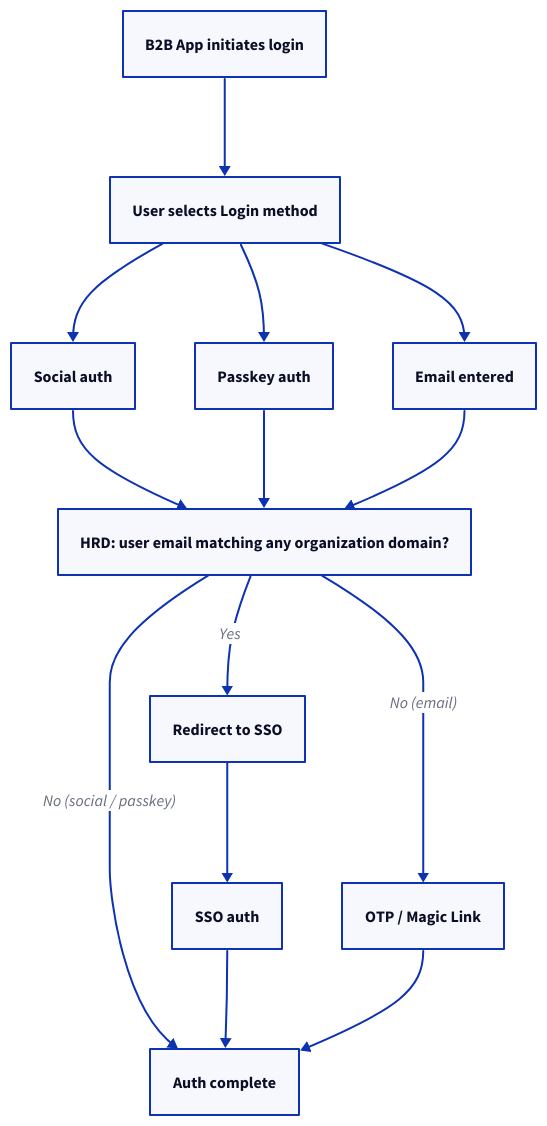
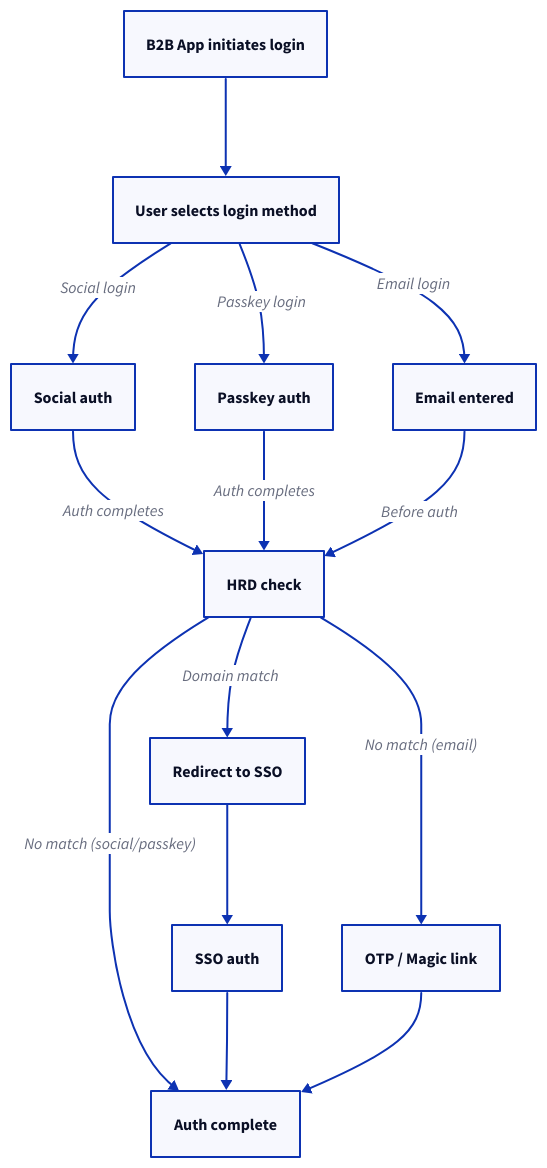
One commit to scalekit-inc/developer-docs changed the diagram in src/content/docs/authenticate/auth-methods/authentication-flow.mdx. Above: the diagram before and after it, drawn with D2. The commit also changed other lines of this file and 1 other file, not shown here.

Commit message:
updated some content for the auth flow section

````diff
--- a/src/content/docs/authenticate/auth-methods/authentication-flow.mdx
+++ b/src/content/docs/authenticate/auth-methods/authentication-flow.mdx
@@ -61,32 +63,35 @@
 ```d2
 Start: B2B App initiates login
-Method: User selects Login method
+Method: User selects login method
 
 Social: Social auth
 Passkey: Passkey auth
 Email: Email entered
 
-Home Realm Discovery: HRD: user email matching any organization domain?
+HRD: HRD check
 
 SSO: Redirect to SSO
 SSOAuth: SSO auth
-Passwordless: OTP / Magic Link
+Passwordless: OTP / Magic link
 Complete: Auth complete
 
 Start -> Method
 
-Method -> Social
-Method -> Passkey
-Method -> Email
+Method -> Social: Social login
+Method -> Passkey: Passkey login
+Method -> Email: Email login
 
-Social -> Home Realm Discovery
-Passkey -> Home Realm Discovery
-Email -> Home Realm Discovery
+# Social and Passkey: authenticate first, then HRD
+Social -> HRD: Auth completes
+Passkey -> HRD: Auth completes
 
-Home Realm Discovery -> SSO: Yes
-Home Realm Discovery -> Passwordless: No (email)
-Home Realm Discovery -> Complete: No (social / passkey)
+# Email: HRD runs before authentication
+Email -> HRD: Before auth
+
+HRD -> SSO: Domain match
+HRD -> Passwordless: No match (email)
+HRD -> Complete: No match (social/passkey)
 
 SSO -> SSOAuth -> Complete
 Passwordless -> Complete
 ```
````
